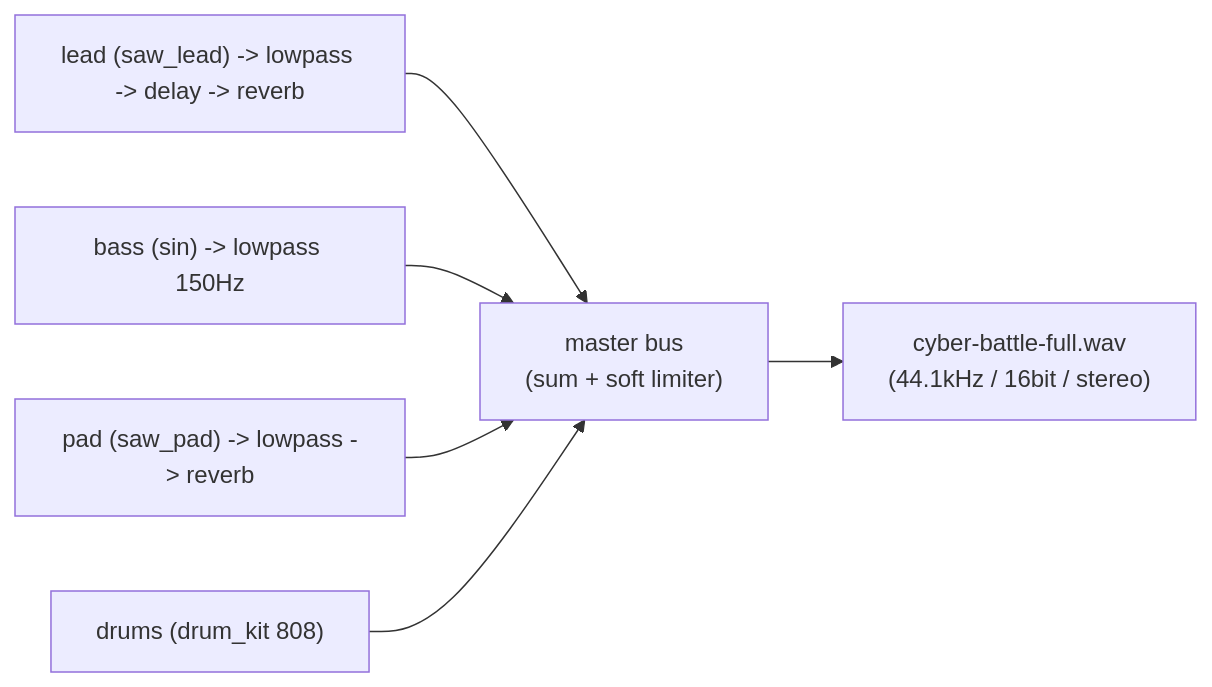
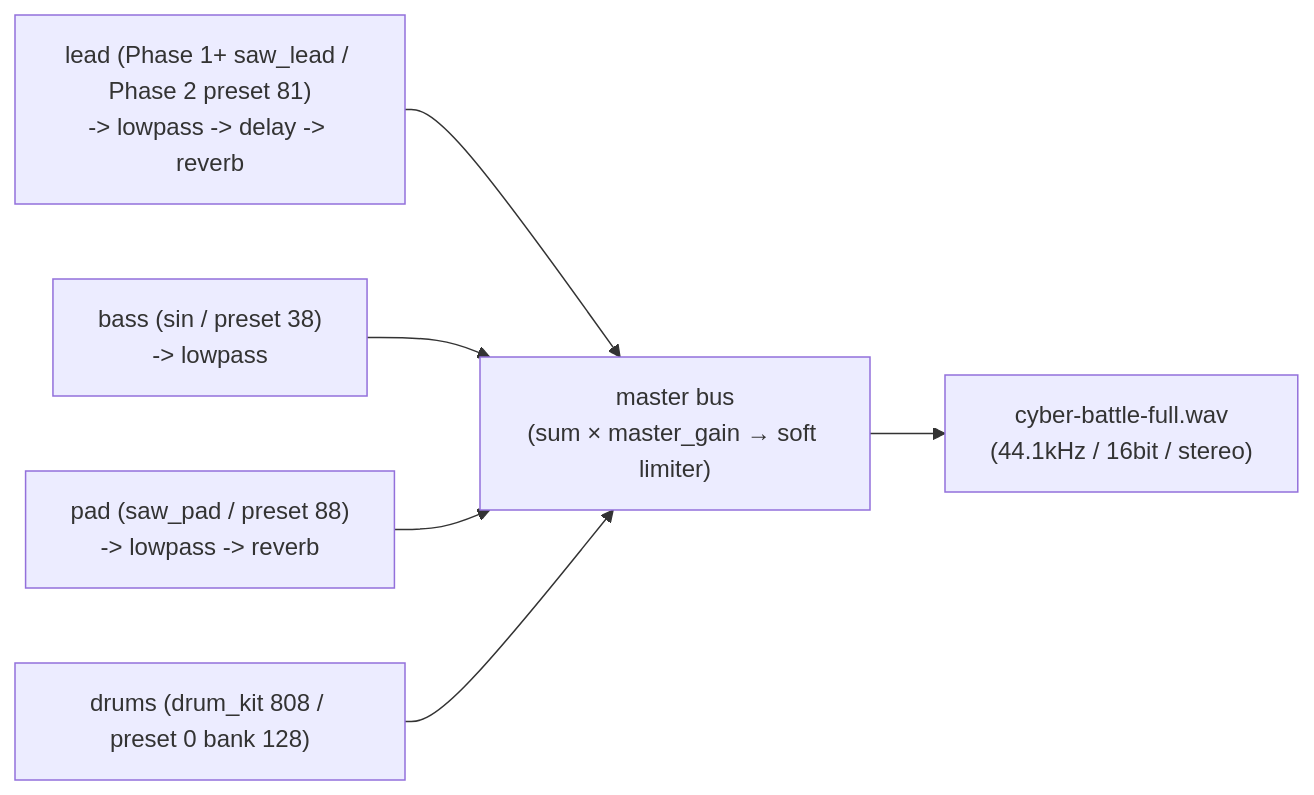
One commit to krtw00/codetta changed the diagram in docs/design/06-examples.md. Above: the diagram before and after it, drawn with Mermaid. The commit also changed other lines of this file, not shown here.

First line of the commit message:
docs: 06-examples を SF2 + Phase 2 fixture plan で書き直し

````diff
--- a/docs/design/06-examples.md
+++ b/docs/design/06-examples.md
@@ -134,12 +168,12 @@
 ```mermaid
 flowchart LR
-    Lead["lead (saw_lead) -> lowpass -> delay -> reverb"]
-    Bass["bass (sin) -> lowpass 150Hz"]
-    Pad["pad (saw_pad) -> lowpass -> reverb"]
-    Drums["drums (drum_kit 808)"]
-    Lead --> Mix["master bus<br/>(sum + soft limiter)"]
+    Lead["lead (Phase 1+ saw_lead / Phase 2 preset 81)<br/>-> lowpass -> delay -> reverb"]
+    Bass["bass (sin / preset 38)<br/>-> lowpass"]
+    Pad["pad (saw_pad / preset 88)<br/>-> lowpass -> reverb"]
+    Drums["drums (drum_kit 808 / preset 0 bank 128)"]
+    Lead --> Mix["master bus<br/>(sum × master_gain → soft limiter)"]
     Bass --> Mix
     Pad --> Mix
     Drums --> Mix
     Mix --> Wav["cyber-battle-full.wav<br/>(44.1kHz / 16bit / stereo)"]
 ```
````
